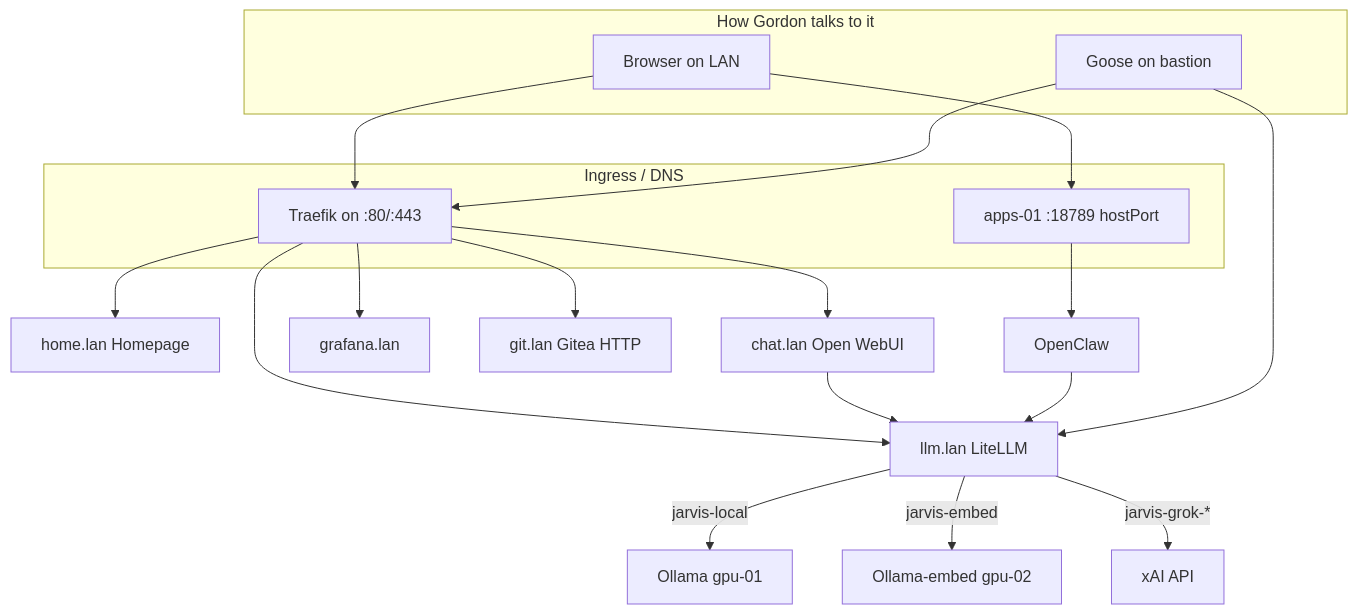
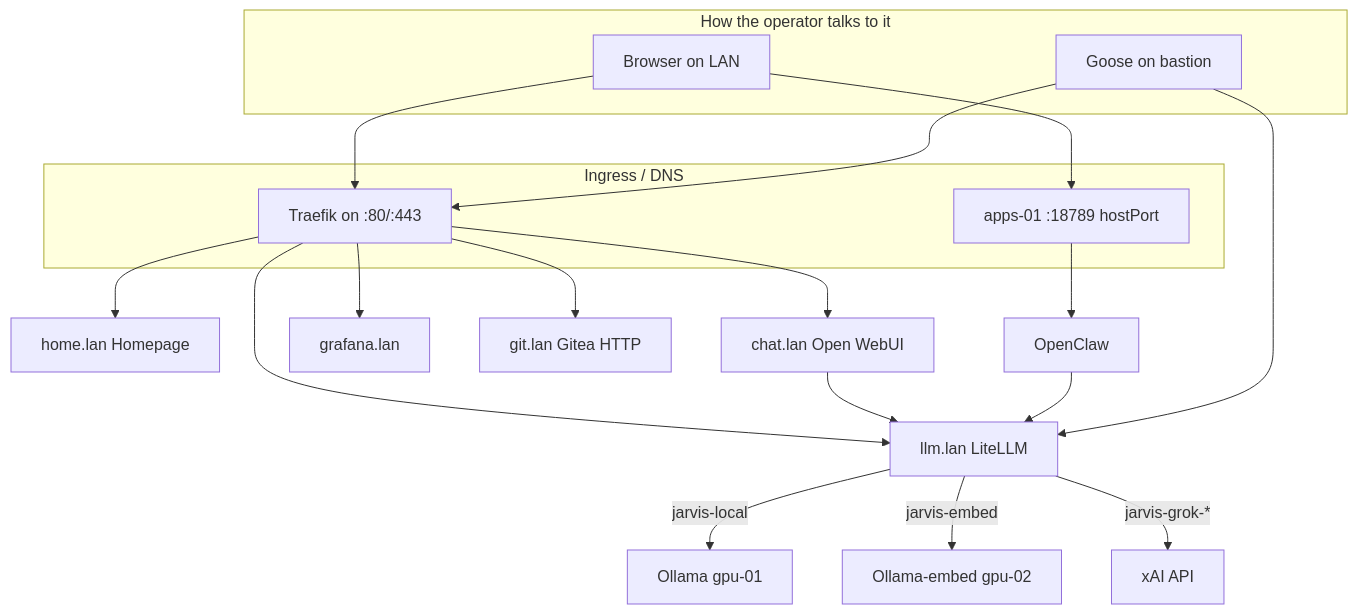
Before and after one commit to gordoncooper/jarvis-cluster: the second of 2 diagrams in README.md, drawn with Mermaid. The commit also changed other lines of this file and 3 other files, not shown here.

````diff
--- a/README.md
+++ b/README.md
@@ -26,26 +26,26 @@
 ```mermaid
 flowchart TB
-  subgraph users["How Gordon talks to it"]
+  subgraph users["How the operator talks to it"]
     Browser["Browser on LAN"]
     Goose["Goose on bastion"]
   end
   subgraph edge["Ingress / DNS"]
     T["Traefik on :80/:443"]
     HP["apps-01 :18789 hostPort"]
   end
   Browser --> T
   Browser --> HP
   Goose --> T
   T --> home["home.lan Homepage"]
   T --> chat["chat.lan Open WebUI"]
   T --> graf["grafana.lan"]
   T --> llm["llm.lan LiteLLM"]
   T --> git["git.lan Gitea HTTP"]
   HP --> claw["OpenClaw"]
   chat --> llm
   claw --> llm
   Goose --> llm
   llm -->|"jarvis-local"| O["Ollama gpu-01"]
   llm -->|"jarvis-embed"| E["Ollama-embed gpu-02"]
   llm -->|"jarvis-grok-*"| X["xAI API"]
 ```
````
